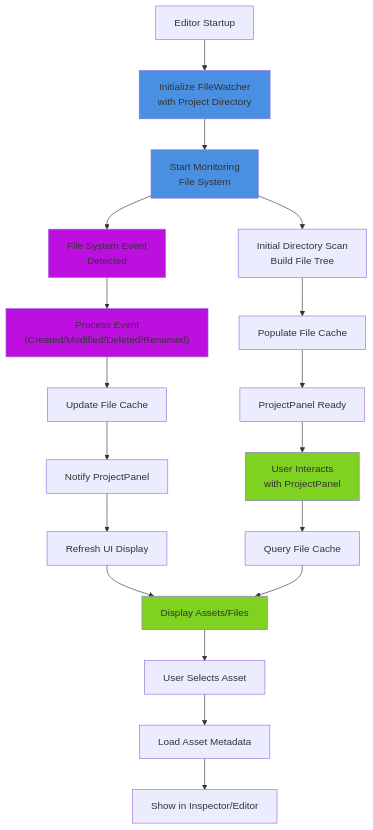
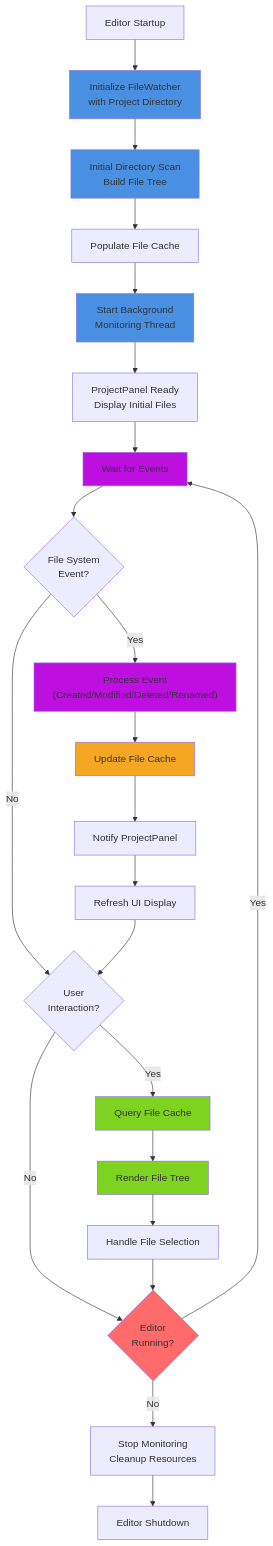
One commit to AssassinBear23/Vozel changed the diagram in docs/fileWatcherEventGraph.md. Above: the diagram before and after it, drawn with Mermaid.

Commit message:
Circular event graph
#75

````diff
--- a/docs/fileWatcherEventGraph.md
+++ b/docs/fileWatcherEventGraph.md
@@ -1,49 +1,62 @@
 ```mermaid
 graph TD
     Start["Editor Startup"]
     Init["Initialize FileWatcher<br/>with Project Directory"]
-    Monitor["Start Monitoring<br/>File System"]
     Scan["Initial Directory Scan<br/>Build File Tree"]
     Cache["Populate File Cache"]
-    Ready["ProjectPanel Ready"]
+    StartMonitor["Start Background<br/>Monitoring Thread"]
+    Ready["ProjectPanel Ready<br/>Display Initial Files"]
     
-    Event["File System Event<br/>Detected"]
-    Process["Process Event<br/>(Created/Modified/Deleted/Renamed)"]
-    Update["Update File Cache"]
-    Notify["Notify ProjectPanel"]
-    Refresh["Refresh UI Display"]
+    WaitEvent["Wait for Events"]
+    CheckEvent{"File System<br/>Event?"}
+    ProcessEvent["Process Event<br/>(Created/Modified/Deleted/Renamed)"]
+    UpdateCache["Update File Cache"]
+    NotifyUI["Notify ProjectPanel"]
+    RefreshUI["Refresh UI Display"]
     
-    UserAction["User Interacts<br/>with ProjectPanel"]
-    Query["Query File Cache"]
-    Display["Display Assets/Files"]
-    Select["User Selects Asset"]
-    LoadAsset["Load Asset Metadata"]
-    ShowDetails["Show in Inspector/Editor"]
+    CheckUser{"User<br/>Interaction?"}
+    QueryCache["Query File Cache"]
+    RenderFiles["Render File Tree"]
+    HandleSelect["Handle File Selection"]
+    
+    CheckRunning{"Editor<br/>Running?"}
+    Shutdown["Stop Monitoring<br/>Cleanup Resources"]
+    End["Editor Shutdown"]
     
     Start --> Init
-    Init --> Monitor
-    Monitor --> Scan
+    Init --> Scan
     Scan --> Cache
-    Cache --> Ready
-    Ready --> UserAction
+    Cache --> StartMonitor
+    StartMonitor --> Ready
+    Ready --> WaitEvent
     
-    Monitor --> Event
-    Event --> Process
-    Process --> Update
-    Update --> Notify
-    Notify --> Refresh
-    Refresh --> Display
+    WaitEvent --> CheckEvent
+    CheckEvent -->|"Yes"| ProcessEvent
+    CheckEvent -->|"No"| CheckUser
     
-    UserAction --> Query
-    Query --> Display
-    Display --> Select
-    Select --> LoadAsset
-    LoadAsset --> ShowDetails
+    ProcessEvent --> UpdateCache
+    UpdateCache --> NotifyUI
+    NotifyUI --> RefreshUI
+    RefreshUI --> CheckUser
+    
+    CheckUser -->|"Yes"| QueryCache
+    CheckUser -->|"No"| CheckRunning
+    
+    QueryCache --> RenderFiles
+    RenderFiles --> HandleSelect
+    HandleSelect --> CheckRunning
+    
+    CheckRunning -->|"Yes"| WaitEvent
+    CheckRunning -->|"No"| Shutdown
+    Shutdown --> End
     
     style Init fill:#4a90e2
-    style Monitor fill:#4a90e2
-    style Event fill:#bd10e0
-    style Process fill:#bd10e0
-    style UserAction fill:#7ed321
-    style Display fill:#7ed321
+    style Scan fill:#4a90e2
+    style StartMonitor fill:#4a90e2
+    style WaitEvent fill:#bd10e0
+    style ProcessEvent fill:#bd10e0
+    style UpdateCache fill:#f5a623
+    style QueryCache fill:#7ed321
+    style RenderFiles fill:#7ed321
+    style CheckRunning fill:#ff6b6b
 ```
````
